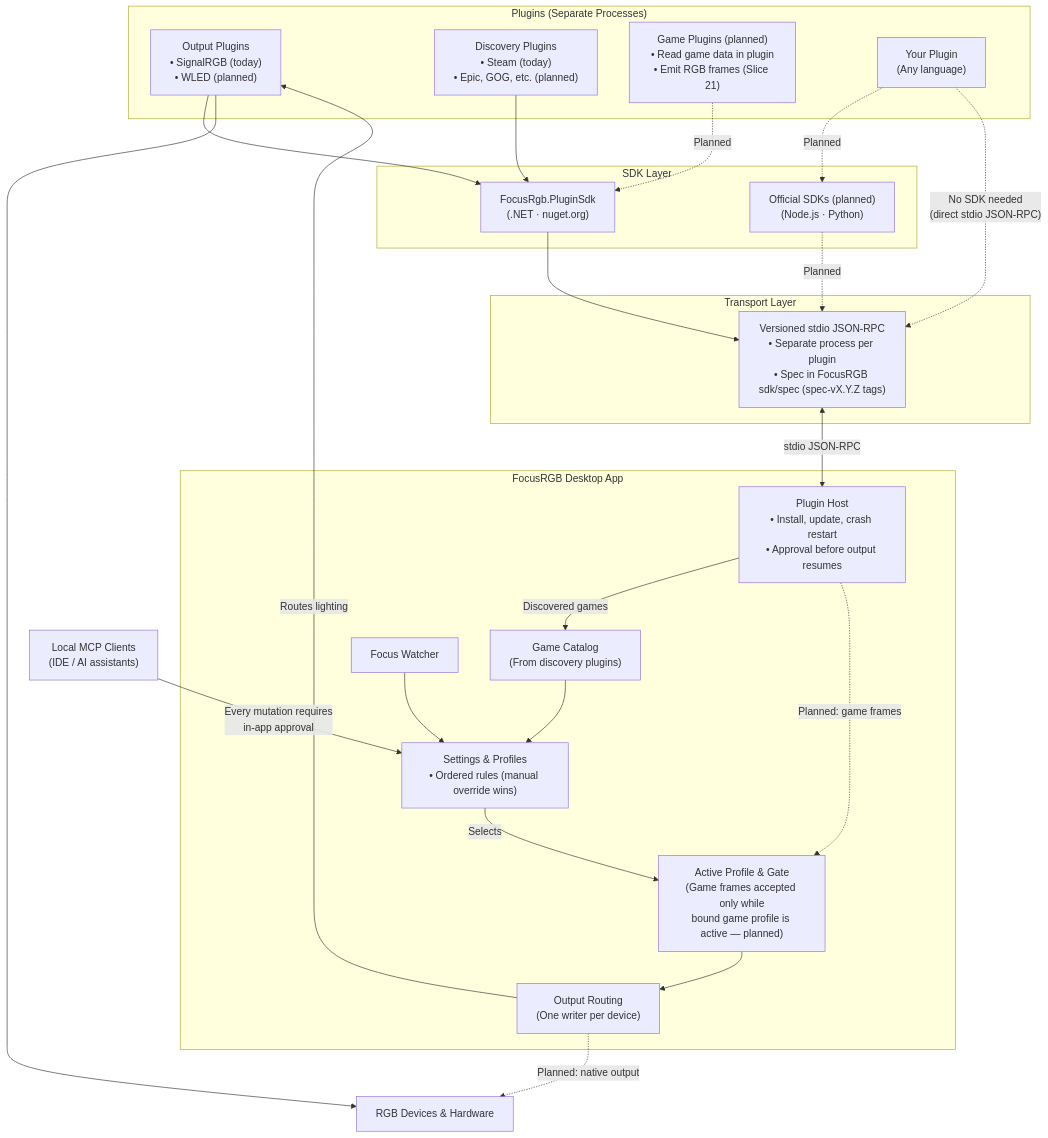
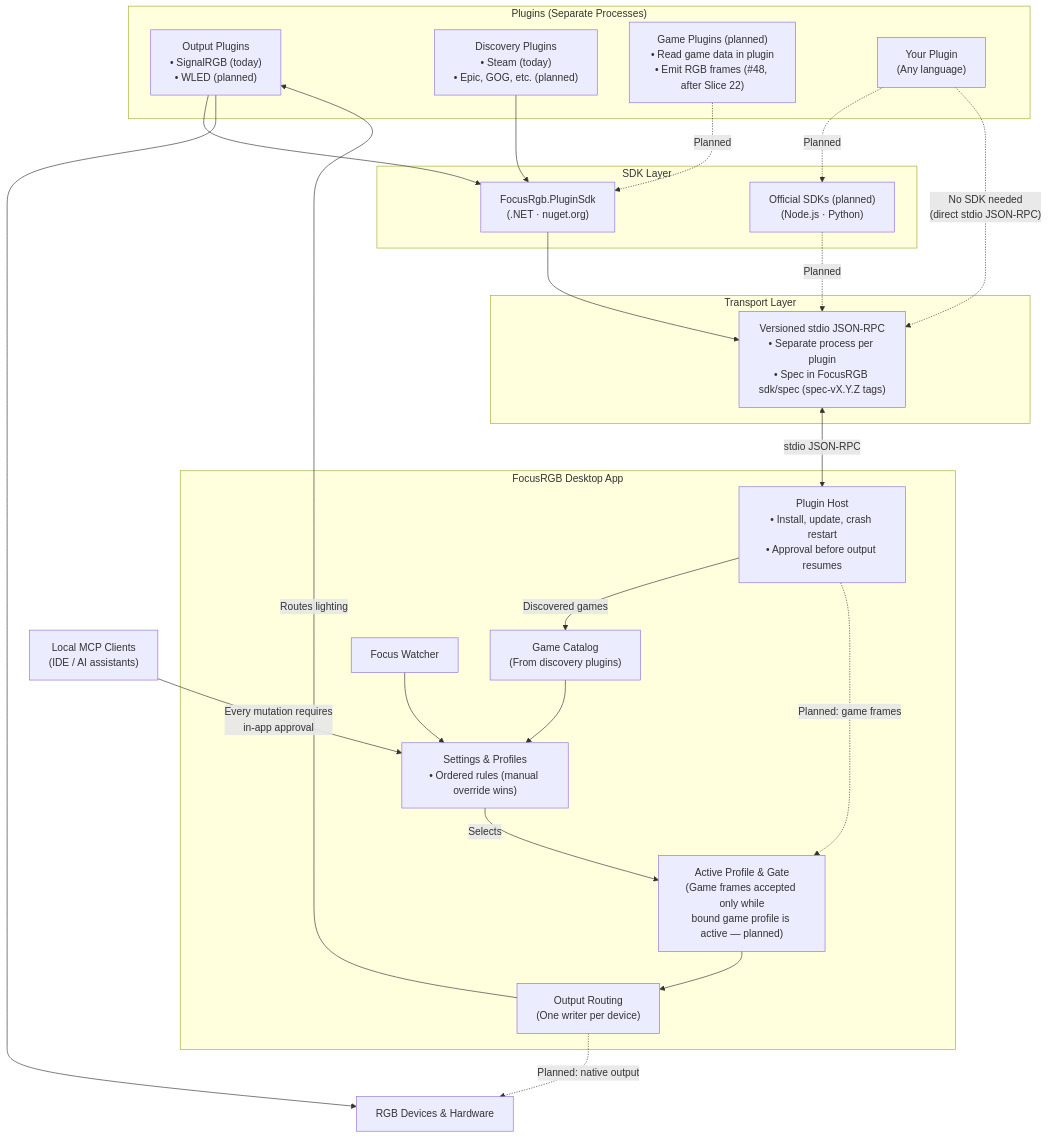
The diagram in profile/README.md (FocusRGB/.github), drawn with Mermaid before and after one commit.

Commit message:
docs: game plugin frames follow the Slice 22 backend
Decided 2026-10-29: game plugins (#48) are a feature built on the Slice 22
hybrid game layers backend (#50), not a slice of their own.

````diff
--- a/profile/README.md
+++ b/profile/README.md
@@ -33,53 +33,53 @@
 ```mermaid
 flowchart TD
     subgraph Plugins["Plugins (Separate Processes)"]
         OutputPlugins["Output Plugins<br/>• SignalRGB (today)<br/>• WLED (planned)"]
         DiscoveryPlugins["Discovery Plugins<br/>• Steam (today)<br/>• Epic, GOG, etc. (planned)"]
-        GamePlugins["Game Plugins (planned)<br/>• Read game data in plugin<br/>• Emit RGB frames (Slice 21)"]
+        GamePlugins["Game Plugins (planned)<br/>• Read game data in plugin<br/>• Emit RGB frames (#48, after Slice 22)"]
         CustomPlugins["Your Plugin<br/>(Any language)"]
     end
 
     subgraph SDK["SDK Layer"]
         DotNetSdk["FocusRgb.PluginSdk<br/>(.NET · nuget.org)"]
         PlannedSdks["Official SDKs (planned)<br/>(Node.js · Python)"]
     end
 
     subgraph Transport["Transport Layer"]
         Stdio["Versioned stdio JSON-RPC<br/>• Separate process per plugin<br/>• Spec in FocusRGB sdk/spec (spec-vX.Y.Z tags)"]
     end
 
     subgraph App["FocusRGB Desktop App"]
         PluginHost["Plugin Host<br/>• Install, update, crash restart<br/>• Approval before output resumes"]
         GameCatalog["Game Catalog<br/>(From discovery plugins)"]
         FocusWatcher["Focus Watcher"]
         SettingsProfiles["Settings & Profiles<br/>• Ordered rules (manual override wins)"]
         ActiveProfile["Active Profile & Gate<br/>(Game frames accepted only while<br/>bound game profile is active — planned)"]
         OutputRouter["Output Routing<br/>(One writer per device)"]
     end
 
     McpClients["Local MCP Clients<br/>(IDE / AI assistants)"]
     Devices["RGB Devices & Hardware"]
 
     OutputPlugins --> DotNetSdk
     DiscoveryPlugins --> DotNetSdk
     GamePlugins -.->|"Planned"| DotNetSdk
     CustomPlugins -.->|"Planned"| PlannedSdks
     CustomPlugins -.->|"No SDK needed<br/>(direct stdio JSON-RPC)"| Stdio
 
     DotNetSdk --> Stdio
     PlannedSdks -.->|"Planned"| Stdio
 
     Stdio <-->|"stdio JSON-RPC"| PluginHost
 
     PluginHost -->|"Discovered games"| GameCatalog
     PluginHost -.->|"Planned: game frames"| ActiveProfile
     GameCatalog --> SettingsProfiles
     FocusWatcher --> SettingsProfiles
     SettingsProfiles -->|"Selects"| ActiveProfile
     ActiveProfile --> OutputRouter
     McpClients -->|"Every mutation requires<br/>in-app approval"| SettingsProfiles
 
     OutputRouter -->|"Routes lighting"| OutputPlugins
     OutputPlugins --> Devices
     OutputRouter -.->|"Planned: native output"| Devices
 ```
````
